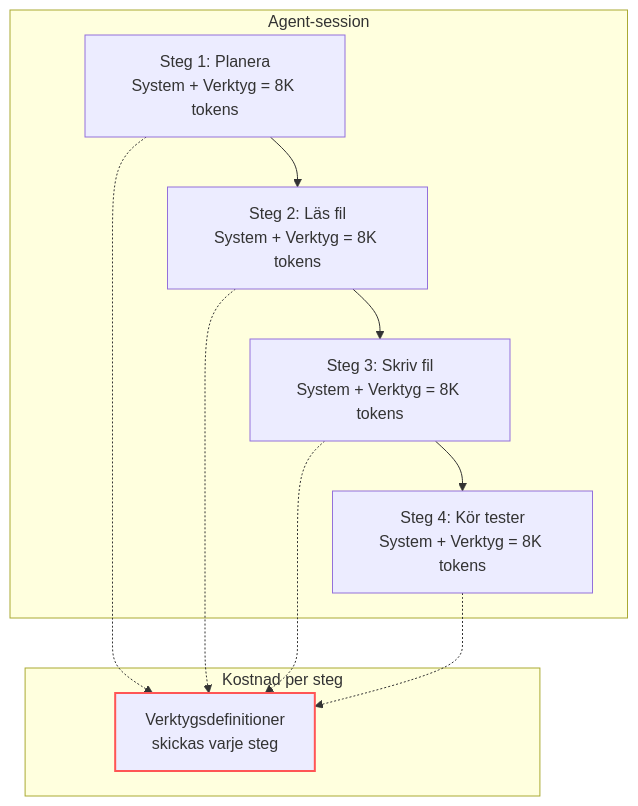
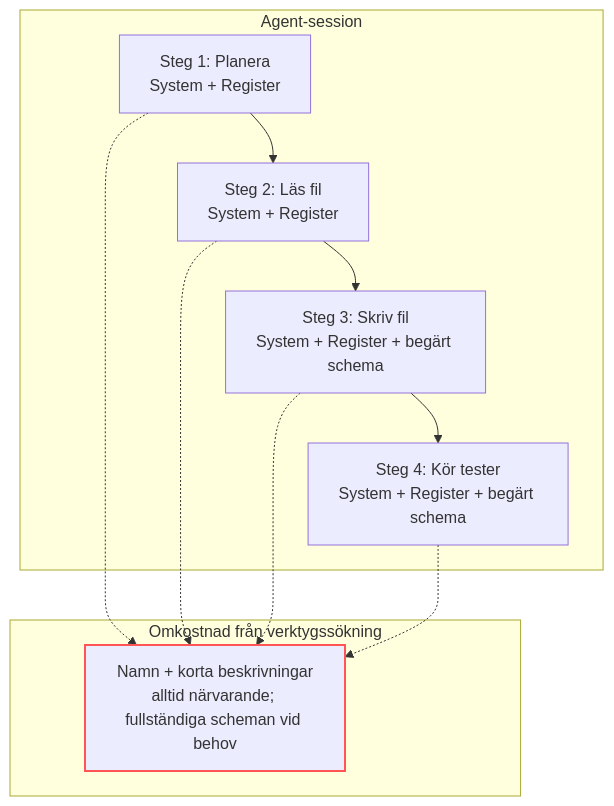
One commit to dandahprecio/vibe-on-budget changed the third of 5 diagrams in token-economy-course/src/content/docs/sv/07-agents-mcp.mdx. Above: the diagram before and after it, drawn with Mermaid. The commit also changed other lines of this file and 23 other files, not shown here.

````diff
--- a/token-economy-course/src/content/docs/sv/07-agents-mcp.mdx
+++ b/token-economy-course/src/content/docs/sv/07-agents-mcp.mdx
@@ -94,19 +98,19 @@
 ```mermaid
 flowchart TD
     subgraph Session[Agent-session]
-        Step1["Steg 1: Planera<br/>System + Verktyg = 8K tokens"] --> Step2["Steg 2: Läs fil<br/>System + Verktyg = 8K tokens"]
-        Step2 --> Step3["Steg 3: Skriv fil<br/>System + Verktyg = 8K tokens"]
-        Step3 --> Step4["Steg 4: Kör tester<br/>System + Verktyg = 8K tokens"]
+        Step1["Steg 1: Planera<br/>System + Register"] --> Step2["Steg 2: Läs fil<br/>System + Register"]
+        Step2 --> Step3["Steg 3: Skriv fil<br/>System + Register + begärt schema"]
+        Step3 --> Step4["Steg 4: Kör tester<br/>System + Register + begärt schema"]
     end
-    
-    subgraph Overhead[Kostnad per steg]
-        T[Verktygsdefinitioner<br/>skickas varje steg]
+
+    subgraph Overhead[Omkostnad från verktygssökning]
+        T[Namn + korta beskrivningar<br/>alltid närvarande; fullständiga scheman vid behov]
     end
-    
+
     Step1 -.-> T
     Step2 -.-> T
     Step3 -.-> T
     Step4 -.-> T
     
     style T stroke:#ff5555,stroke-width:2px
 ```
````
